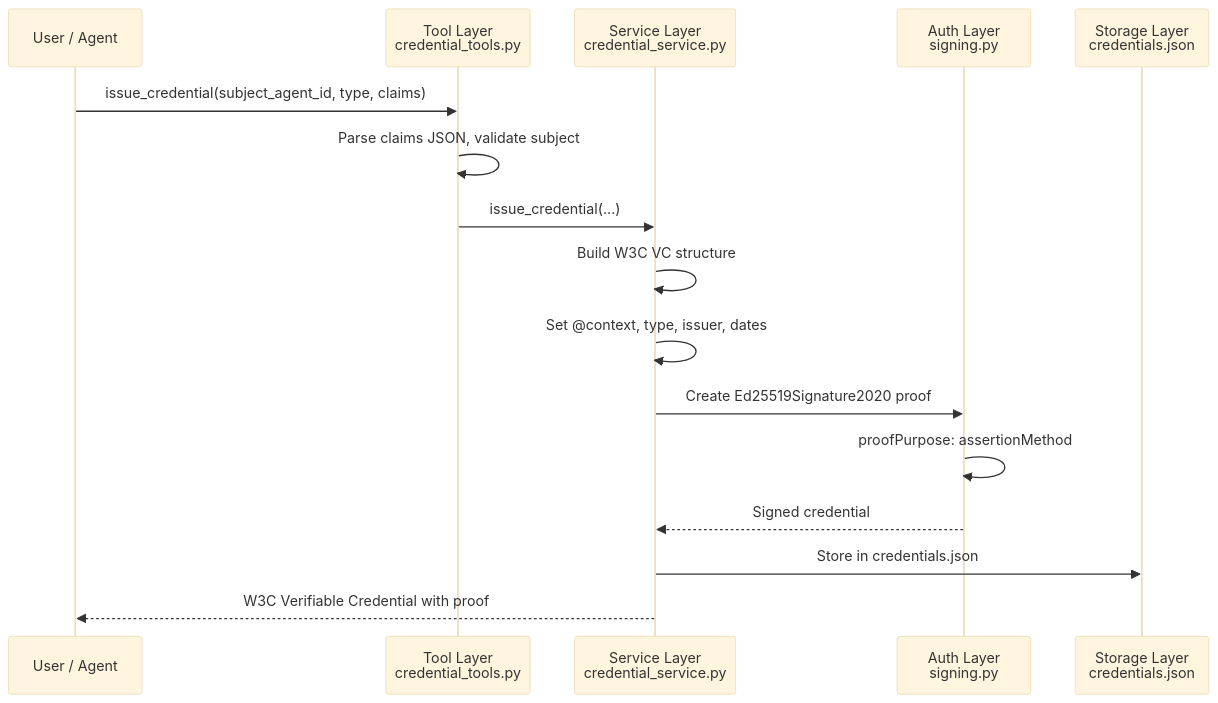
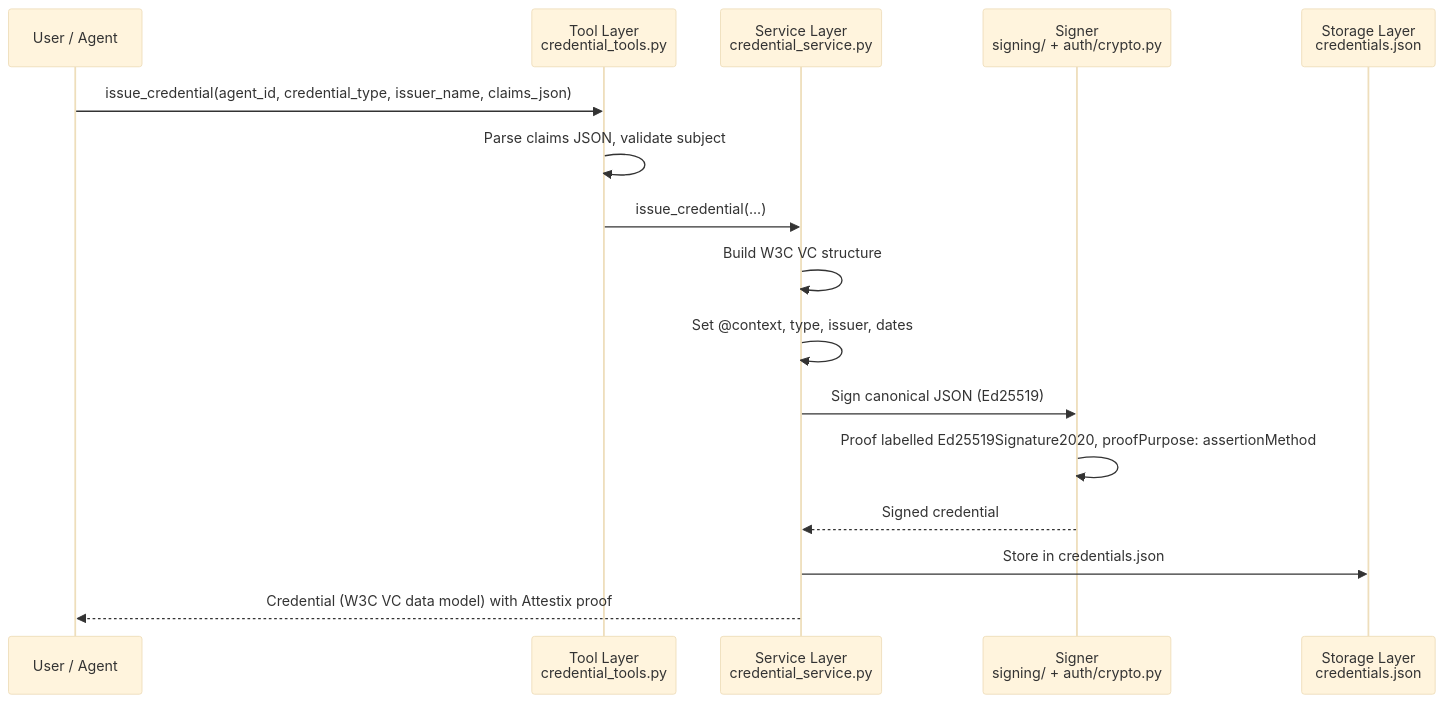
Before and after one commit to VibeTensor/attestix: the third of 4 diagrams in website/content/docs/guides/architecture.mdx, drawn with Mermaid (base theme). The commit also changed other lines of this file and 49 other files, not shown here.

````diff
--- a/website/content/docs/guides/architecture.mdx
+++ b/website/content/docs/guides/architecture.mdx
@@ -115,19 +127,19 @@
 ```mermaid
 sequenceDiagram
     participant U as User / Agent
     participant T as Tool Layer<br/>credential_tools.py
     participant S as Service Layer<br/>credential_service.py
-    participant A as Auth Layer<br/>signing.py
+    participant A as Signer<br/>signing/ + auth/crypto.py
     participant D as Storage Layer<br/>credentials.json
 
-    U->>T: issue_credential(subject_agent_id, type, claims)
+    U->>T: issue_credential(agent_id, credential_type, issuer_name, claims_json)
     T->>T: Parse claims JSON, validate subject
     T->>S: issue_credential(...)
     S->>S: Build W3C VC structure
     S->>S: Set @context, type, issuer, dates
-    S->>A: Create Ed25519Signature2020 proof
-    A->>A: proofPurpose: assertionMethod
+    S->>A: Sign canonical JSON (Ed25519)
+    A->>A: Proof labelled Ed25519Signature2020, proofPurpose: assertionMethod
     A-->>S: Signed credential
     S->>D: Store in credentials.json
-    S-->>U: W3C Verifiable Credential with proof
+    S-->>U: Credential (W3C VC data model) with Attestix proof
 ```
````
